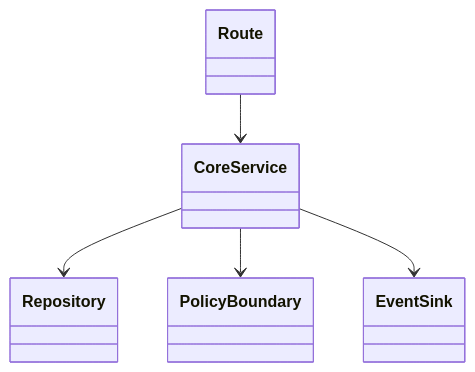
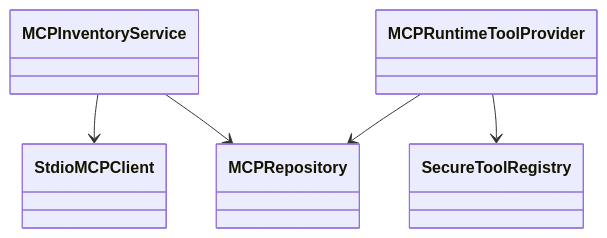
The fourth of 5 diagrams in docs/course/modules/12-governed-mcp/README.md (levalencia/archon), drawn with Mermaid before and after one commit. The commit also changed other lines of this file and 22 other files, not shown here.

Commit message:
docs: correct advanced course architecture and claims

````diff
--- a/docs/course/modules/12-governed-mcp/README.md
+++ b/docs/course/modules/12-governed-mcp/README.md
@@ -118,12 +118,12 @@
 ```mermaid
 classDiagram
-  class Route
-  class CoreService
-  class Repository
-  class PolicyBoundary
-  class EventSink
-  Route --> CoreService
-  CoreService --> Repository
-  CoreService --> PolicyBoundary
-  CoreService --> EventSink
+  class MCPInventoryService
+  class MCPRepository
+  class StdioMCPClient
+  class MCPRuntimeToolProvider
+  class SecureToolRegistry
+  MCPInventoryService --> StdioMCPClient
+  MCPInventoryService --> MCPRepository
+  MCPRuntimeToolProvider --> MCPRepository
+  MCPRuntimeToolProvider --> SecureToolRegistry
 ```
````
